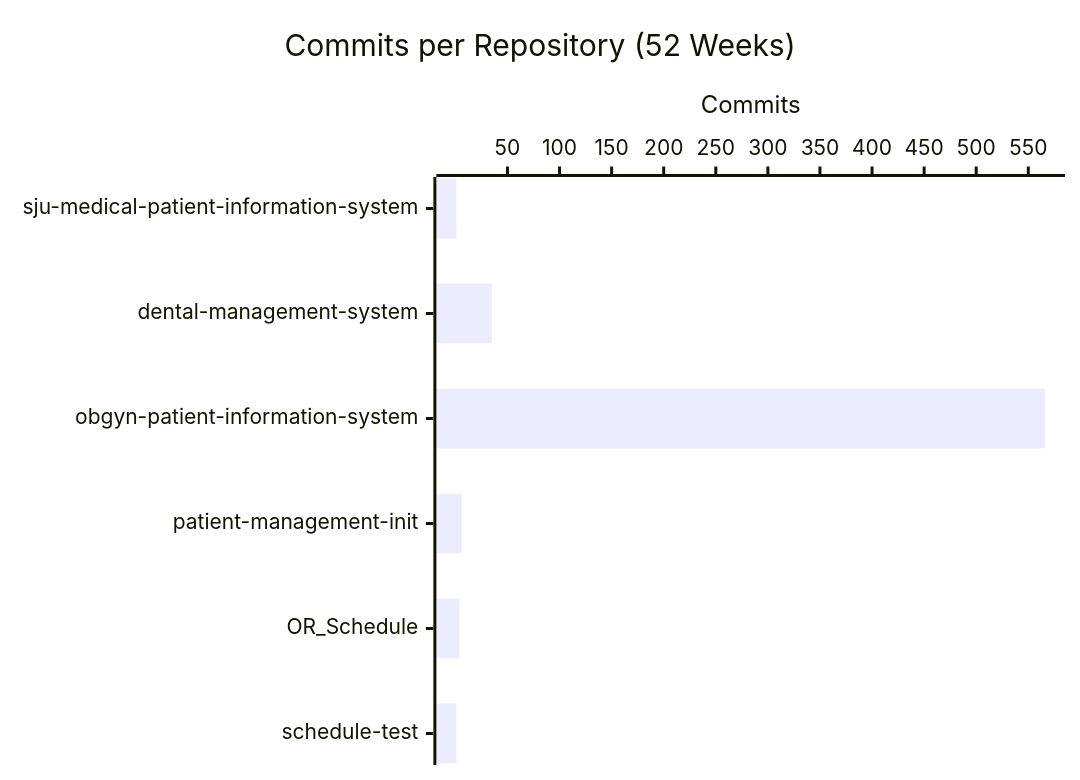
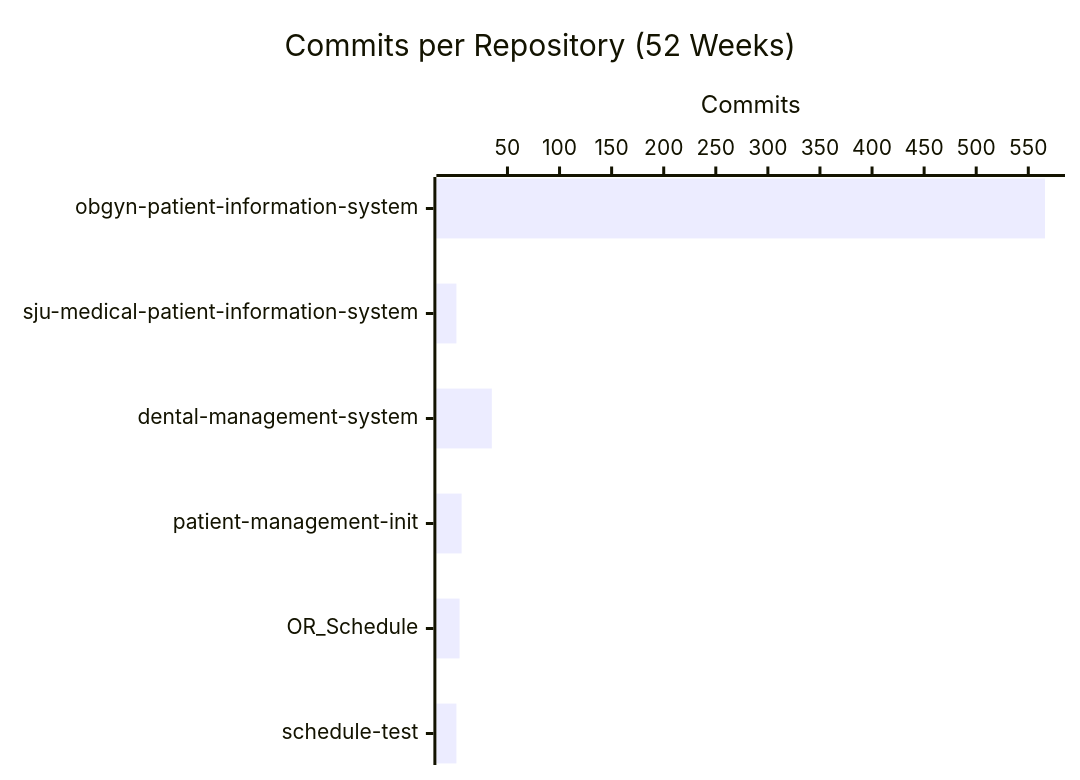
The second of 4 diagrams in profile/README.md (CSTH-Projects/.github), drawn with Mermaid before and after one commit. The commit also changed other lines of this file, not shown here.

````diff
--- a/profile/README.md
+++ b/profile/README.md
@@ -24,7 +24,7 @@
 ```mermaid
 xychart-beta horizontal
     title "Commits per Repository (52 Weeks)"
-    x-axis ["sju-medical-patient-information-system", "dental-management-system", "obgyn-patient-information-system", "patient-management-init", "OR_Schedule", "schedule-test"]
+    x-axis ["obgyn-patient-information-system", "sju-medical-patient-information-system", "dental-management-system", "patient-management-init", "OR_Schedule", "schedule-test"]
     y-axis "Commits"
-    bar [1, 35, 566, 6, 4, 1]
+    bar [566, 1, 35, 6, 4, 1]
 ```
````
